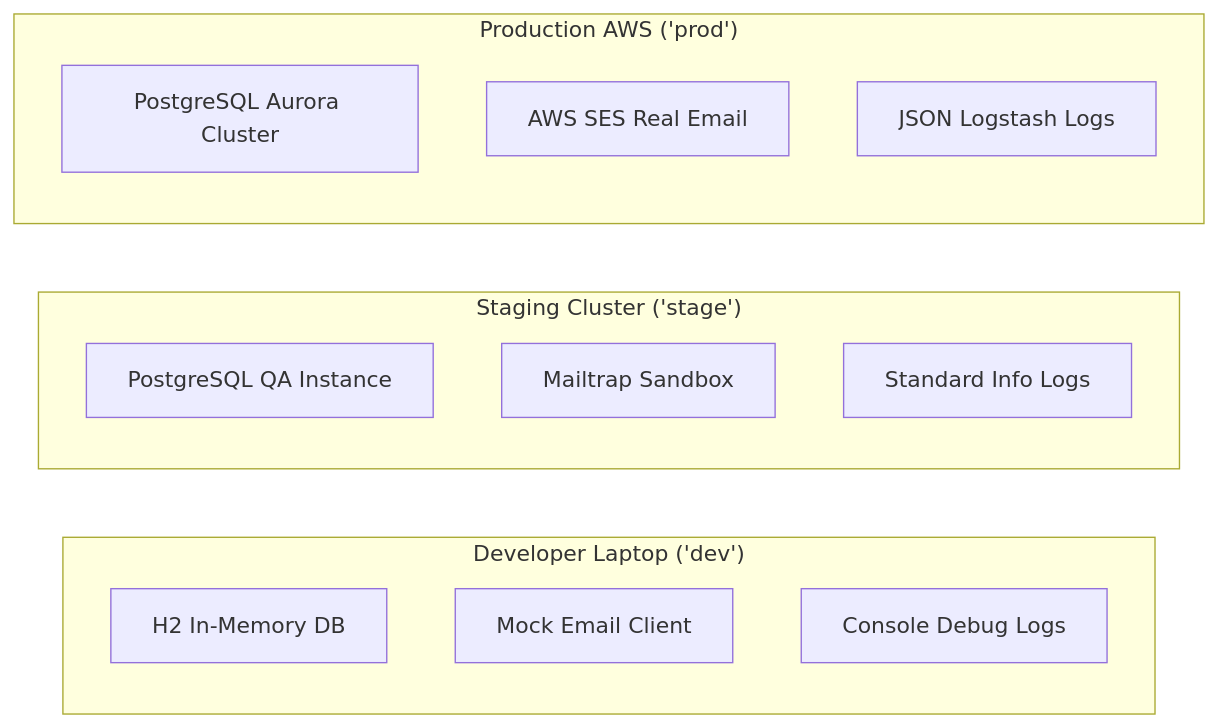
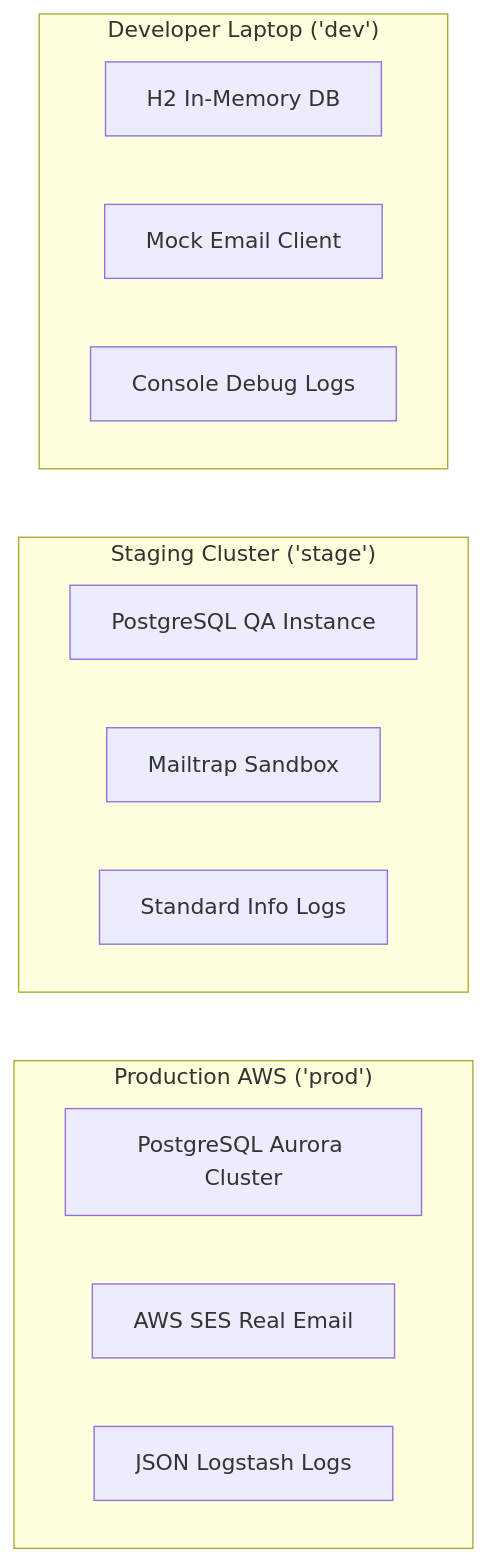
The first of 4 diagrams in docs/lessons/0005-spring-profiles-and-environments.md (Rohit1024/spring-boot-mastery), drawn with Mermaid before and after one commit. The commit also changed other lines of this file and 42 other files, not shown here.

````diff
--- a/docs/lessons/0005-spring-profiles-and-environments.md
+++ b/docs/lessons/0005-spring-profiles-and-environments.md
@@ -17,20 +17,22 @@
 ``` mermaid
-flowchart LR
+flowchart TD
     subgraph Env_Dev["Developer Laptop ('dev')"]
         D1["H2 In-Memory DB"]
         D2["Mock Email Client"]
         D3["Console Debug Logs"]
     end
 
     subgraph Env_Stage["Staging Cluster ('stage')"]
         S1["PostgreSQL QA Instance"]
         S2["Mailtrap Sandbox"]
         S3["Standard Info Logs"]
     end
 
     subgraph Env_Prod["Production AWS ('prod')"]
         P1["PostgreSQL Aurora Cluster"]
         P2["AWS SES Real Email"]
         P3["JSON Logstash Logs"]
     end
+
+    Env_Dev ~~~ Env_Stage ~~~ Env_Prod
 ```
````
